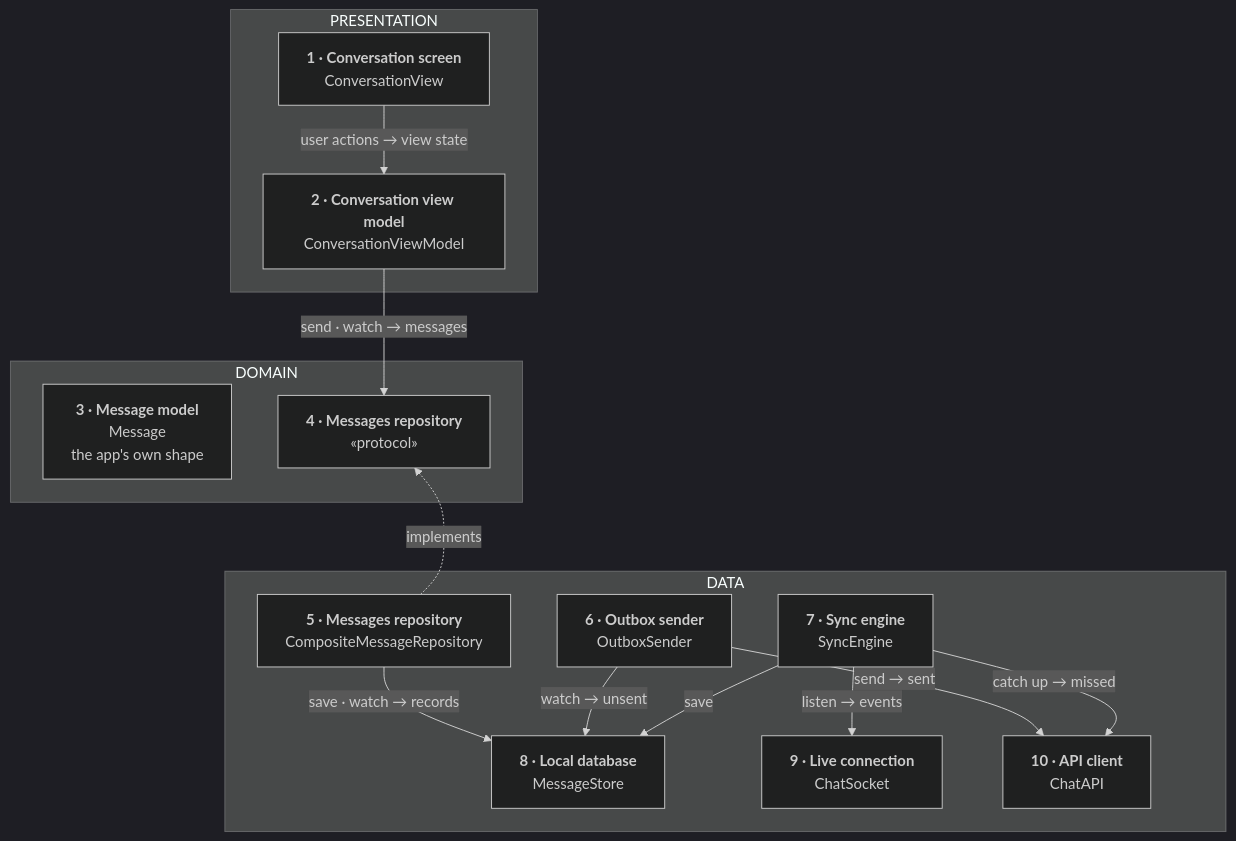
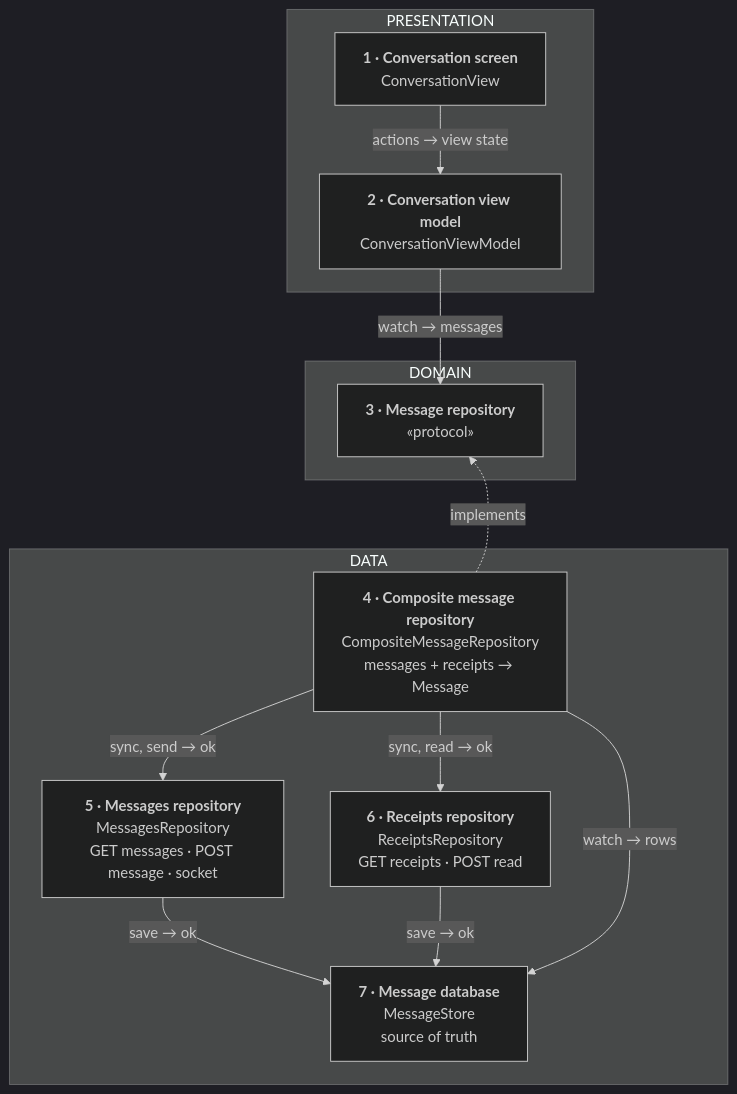
Before and after one commit to rezabina86/reference-desk: the first of 4 diagrams in topics/system-design/03-chat-client.md, drawn with Mermaid (dark theme). The commit also changed other lines of this file and 5 other files, not shown here.

````diff
--- a/topics/system-design/03-chat-client.md
+++ b/topics/system-design/03-chat-client.md
@@ -146,42 +117,37 @@
 ```mermaid
 flowchart TB
   subgraph P["PRESENTATION"]
     View["`**1 · Conversation screen**
-ConversationView`"] -- "user actions → view state" --> VM["`**2 · Conversation view model**
+ConversationView`"] -- "actions → view state" --> VM["`**2 · Conversation view model**
 ConversationViewModel`"]
   end
   subgraph D["DOMAIN"]
-    Item["`**3 · Message model**
-Message
-the app's own shape`"]
-    Repo["`**4 · Messages repository**
+    Repo["`**3 · Message repository**
 «protocol»`"]
   end
   subgraph DA["DATA"]
-    Impl["`**5 · Messages repository**
-CompositeMessageRepository`"]
-    Outbox["`**6 · Outbox sender**
-OutboxSender`"]
-    Sync["`**7 · Sync engine**
-SyncEngine`"]
-    Store["`**8 · Local database**
-MessageStore`"]
-    Socket["`**9 · Live connection**
-ChatSocket`"]
-    API["`**10 · API client**
-ChatAPI`"]
+    Comp["`**4 · Composite message repository**
+CompositeMessageRepository
+messages + receipts → Message`"]
+    Msgs["`**5 · Messages repository**
+MessagesRepository
+GET messages · POST message · socket`"]
+    Rcpts["`**6 · Receipts repository**
+ReceiptsRepository
+GET receipts · POST read`"]
+    DB["`**7 · Message database**
+MessageStore
+source of truth`"]
   end
-  VM -- "send · watch → messages" --> Repo
-  Repo ~~~ Impl
-  Impl -. "implements" .-> Repo
-  Impl -- "save · watch → records" --> Store
-  Outbox -- "watch → unsent" --> Store
-  Outbox -- "send → sent" --> API
-  Sync -- "listen → events" --> Socket
-  Sync -- "catch up → missed" --> API
-  Sync -- "save" --> Store
+  VM -- "watch → messages" --> Repo
+  Repo ~~~ Comp
+  Comp -. "implements" .-> Repo
+  Comp -- "sync, send → ok" --> Msgs
+  Comp -- "sync, read → ok" --> Rcpts
+  Msgs -- "save → ok" --> DB
+  Rcpts -- "save → ok" --> DB
+  Comp -- "watch → rows" --> DB
   class View,VM pres
-  class Item,Repo dom
-  class Impl,Outbox,Sync,Store data
-  class Socket,API net
+  class Repo dom
+  class Comp,Msgs,Rcpts,DB data
 ```
````
